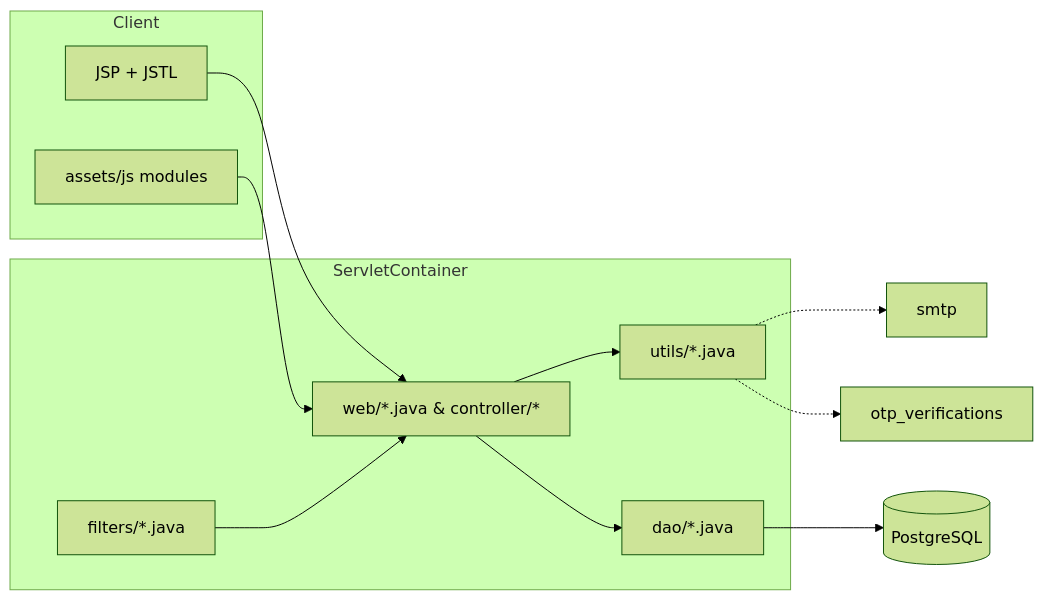
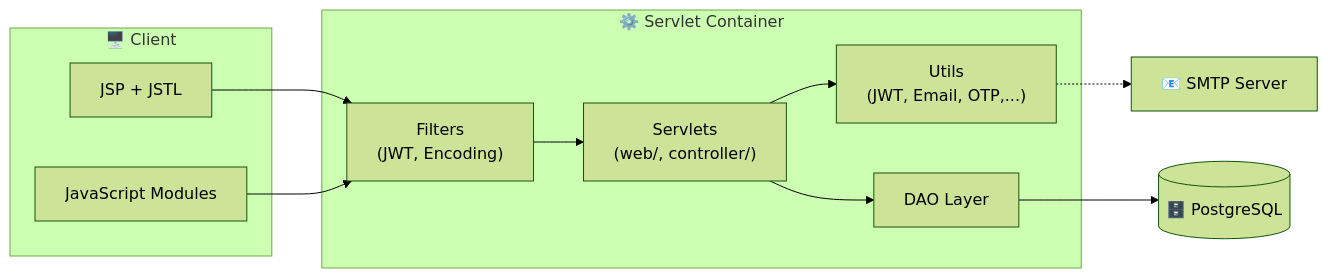
The first of 3 diagrams in README.md (Moseyuh333/JVA-bookstore), drawn with Mermaid (forest theme) before and after one commit. The commit also changed other lines of this file and 35 other files, not shown here.

````diff
--- a/README.md
+++ b/README.md
@@ -94,22 +192,25 @@
 ```mermaid
 flowchart LR
-    subgraph Client
-        JSP[JSP + JSTL]
-        JSAssets[assets/js modules]
+    subgraph Client["🖥️ Client"]
+        JSP["JSP + JSTL"]
+        JS["JavaScript Modules"]
     end
-    subgraph ServletContainer
-        Filters[filters/*.java]
-        Servlets[web/*.java & controller/*]
-        Utils[utils/*.java]
-        DAO[dao/*.java]
+
+    subgraph Server["⚙️ Servlet Container"]
+        Filters["Filters\n(JWT, Encoding)"]
+        Servlets["Servlets\n(web/, controller/)"]
+        Utils["Utils\n(JWT, Email, OTP,...)"]
+        DAO["DAO Layer"]
     end
-    DB[(PostgreSQL)]
-    JSP --> Servlets
-    JSAssets --> Servlets
+
+    DB[("🗄️ PostgreSQL")]
+    SMTP["📧 SMTP Server"]
+
+    JSP --> Filters
+    JS --> Filters
     Filters --> Servlets
     Servlets --> Utils
     Servlets --> DAO
     DAO --> DB
-    Utils -.-> Email[smtp]
-    Utils -.-> OTP[otp_verifications]
+    Utils -.-> SMTP
 ```
````
